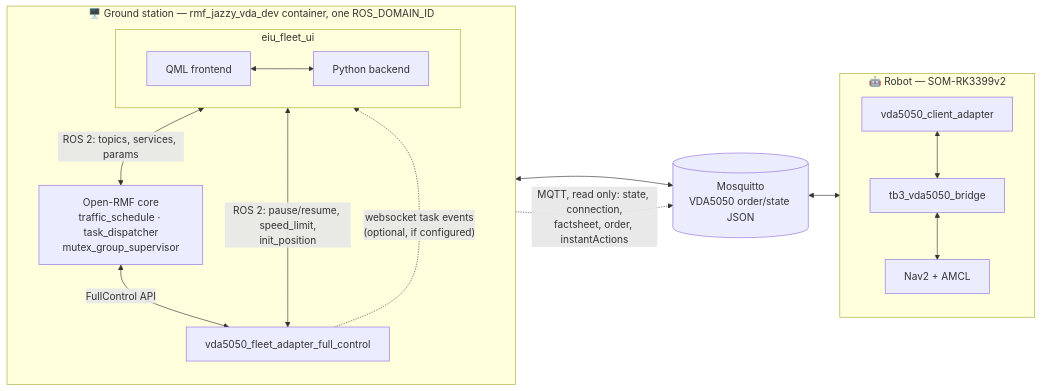
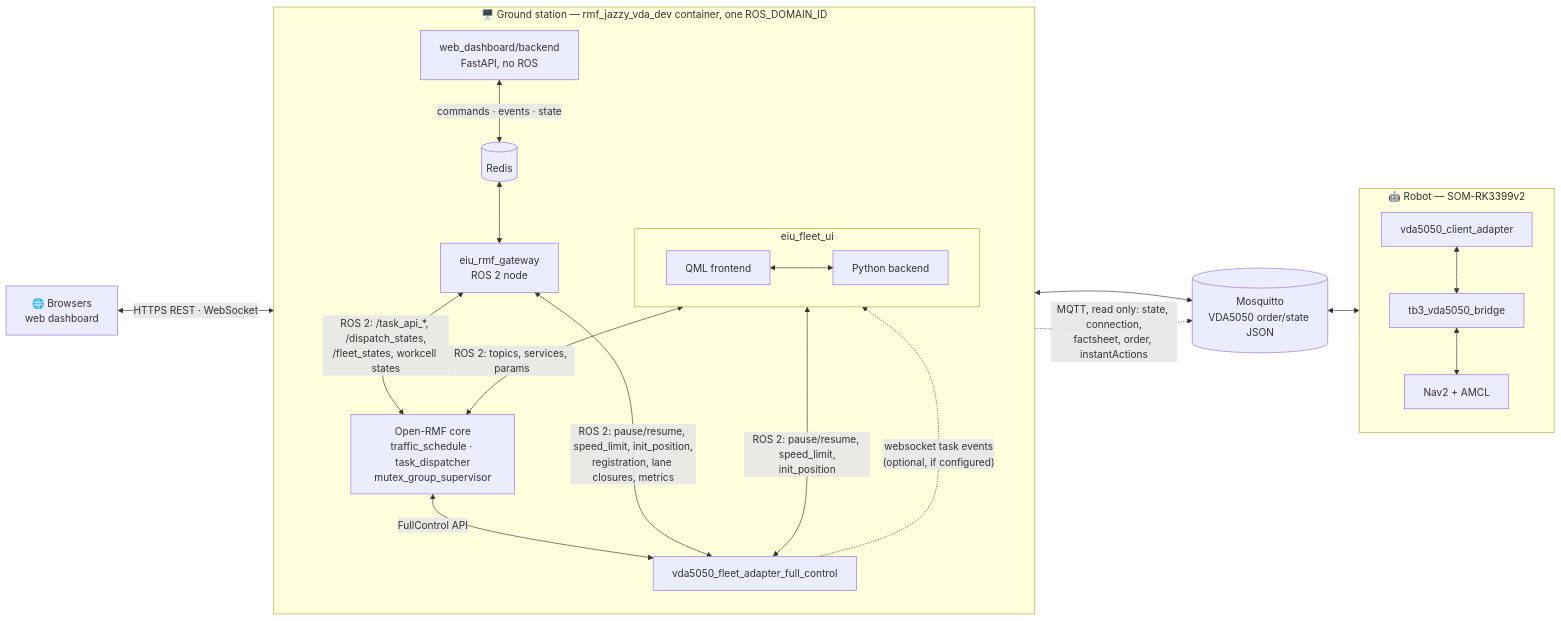
The first of 6 diagrams in eiu_fleet_ui/docs/architecture.md (NhatTran-97/eiu-vda5050-support-open-rmf), drawn with Mermaid before and after one commit. The commit also changed other lines of this file and 208 other files, not shown here.

Commit message:
Testing web-dashboard for EIU Campus

````diff
--- a/eiu_fleet_ui/docs/architecture.md
+++ b/eiu_fleet_ui/docs/architecture.md
@@ -17,33 +17,43 @@
 ```mermaid
 flowchart LR
     subgraph GS ["🖥️ Ground station — rmf_jazzy_vda_dev container, one ROS_DOMAIN_ID"]
         direction TB
         subgraph UI ["eiu_fleet_ui"]
             direction LR
             QML["QML frontend"]
             PY["Python backend"]
             QML <--> PY
         end
         RMF["Open-RMF core\ntraffic_schedule · task_dispatcher\nmutex_group_supervisor"]
         FA["vda5050_fleet_adapter_full_control"]
+        GW["eiu_rmf_gateway\nROS 2 node"]
+        RD[("Redis")]
+        WEB["web_dashboard/backend\nFastAPI, no ROS"]
     end
+
+    BRW["🌐 Browsers\nweb dashboard"]
 
     MQ[("Mosquitto\nVDA5050 order/state JSON")]
 
     subgraph RB ["🤖 Robot — SOM-RK3399v2"]
         direction TB
         CA["vda5050_client_adapter"]
         BR["tb3_vda5050_bridge"]
         N2["Nav2 + AMCL"]
         CA <--> BR
         BR <--> N2
     end
 
     PY <-->|"ROS 2: topics, services, params"| RMF
     PY <-->|"ROS 2: pause/resume, speed_limit,\ninit_position"| FA
     RMF <-->|FullControl API| FA
     FA <--> MQ
     MQ <--> CA
     FA -.->|"websocket task events\n(optional, if configured)"| PY
     PY -.->|"MQTT, read only: state, connection,\nfactsheet, order, instantActions"| MQ
+    BRW <-->|"HTTPS REST · WebSocket"| WEB
+    WEB <-->|"commands · events · state"| RD
+    RD <--> GW
+    GW <-->|"ROS 2: /task_api_*, /dispatch_states,\n/fleet_states, workcell states"| RMF
+    GW <-->|"ROS 2: pause/resume, speed_limit, init_position,\nregistration, lane closures, metrics"| FA
 ```
````
